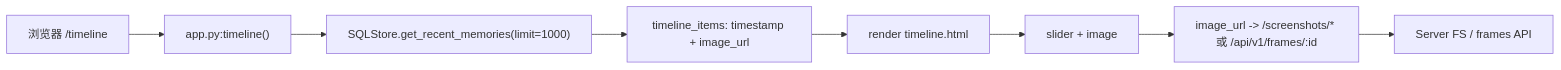
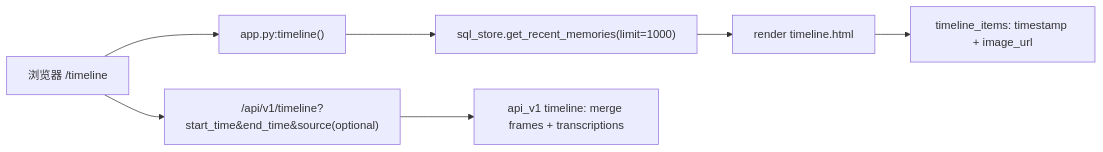
The diagram in v3/webui/pages/timeline.md (Xinm123/MyRecall), drawn with Mermaid before and after one commit. The commit also changed other lines of this file and 21 other files, not shown here.

````diff
--- a/v3/webui/pages/timeline.md
+++ b/v3/webui/pages/timeline.md
@@ -42,10 +37,9 @@
 ```mermaid
 flowchart LR
   U["浏览器 /timeline"] --> R["app.py:timeline()"]
-  R --> Q["SQLStore.get_recent_memories(limit=1000)"]
-  Q --> M["timeline_items: timestamp + image_url"]
-  M --> TPL["render timeline.html"]
-  TPL --> UI["slider + image"]
-  UI --> F["image_url -> /screenshots/* 或 /api/v1/frames/:id"]
-  F --> S["Server FS / frames API"]
+  R --> Q["sql_store.get_recent_memories(limit=1000)"]
+  Q --> T["render timeline.html"]
+  T --> I["timeline_items: timestamp + image_url"]
+  U --> V1["/api/v1/timeline?start_time&end_time&source(optional)"]
+  V1 --> M["api_v1 timeline: merge frames + transcriptions"]
 ```
````
